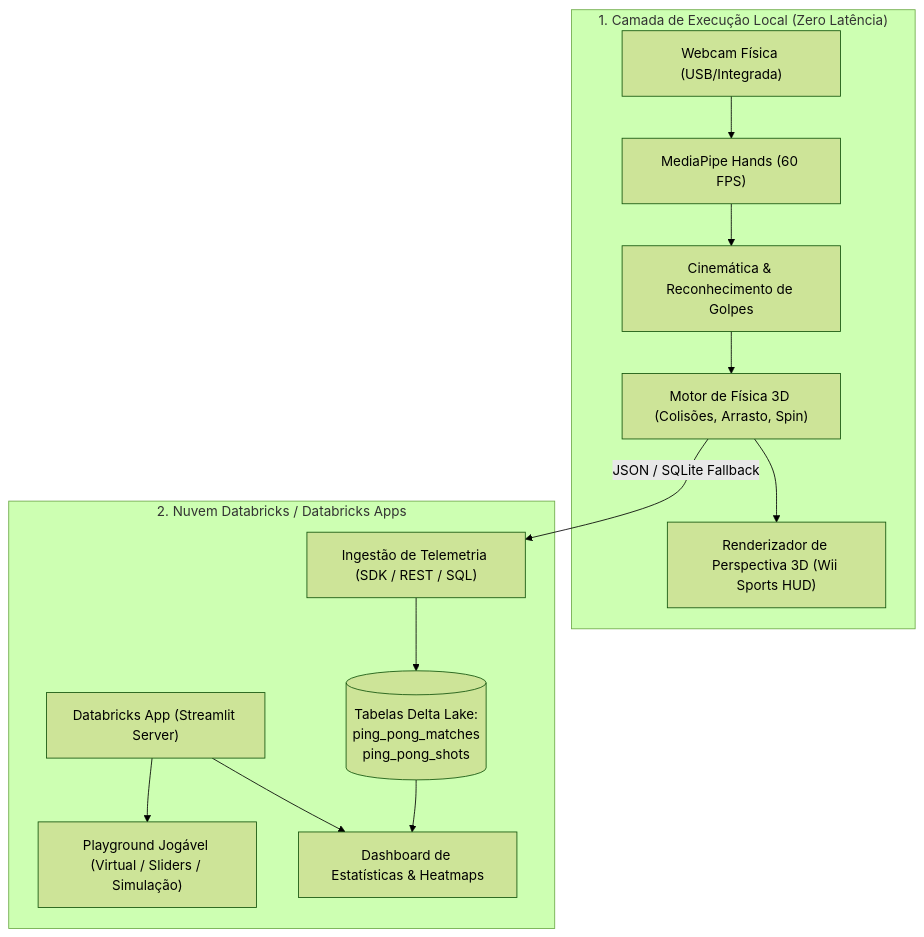
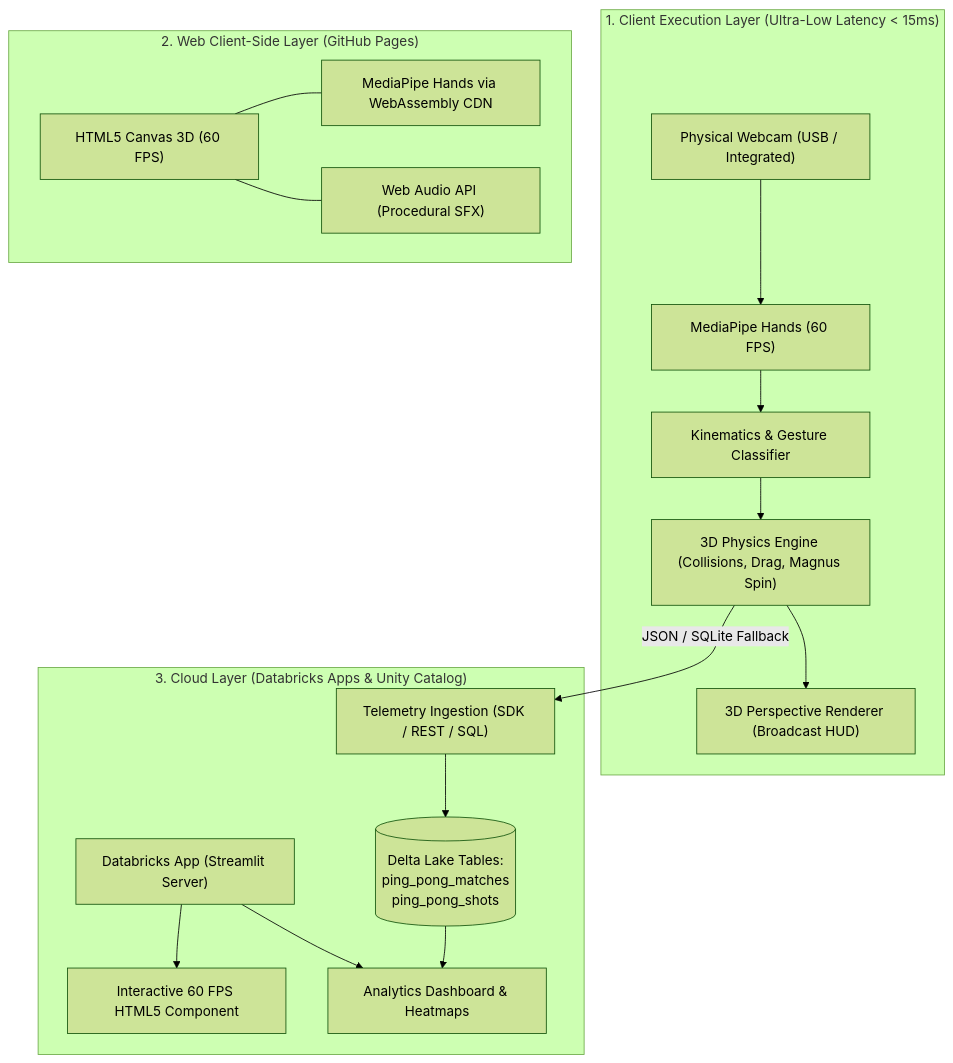
One commit to miguelmorandini/airpong changed the diagram in README.md. Above: the diagram before and after it, drawn with Mermaid (forest theme). The commit also changed other lines of this file, not shown here.

Commit message:
docs(readme): review and translate documentation into English with comprehensive architecture and setup guides

````diff
--- a/README.md
+++ b/README.md
@@ -51,23 +60,31 @@
 ```mermaid
 flowchart TD
-    subgraph LocalClient["1. Camada de Execução Local (Zero Latência)"]
-        Webcam["Webcam Física (USB/Integrada)"] --> MPTracker["MediaPipe Hands (60 FPS)"]
-        MPTracker --> Kinematics["Cinemática & Reconhecimento de Golpes"]
-        Kinematics --> Engine["Motor de Física 3D (Colisões, Arrasto, Spin)"]
-        Engine --> Renderer3D["Renderizador de Perspectiva 3D (Wii Sports HUD)"]
+    subgraph LocalClient["1. Client Execution Layer (Ultra-Low Latency < 15ms)"]
+        Webcam["Physical Webcam (USB / Integrated)"] --> MPTracker["MediaPipe Hands (60 FPS)"]
+        MPTracker --> Kinematics["Kinematics & Gesture Classifier"]
+        Kinematics --> Engine["3D Physics Engine (Collisions, Drag, Magnus Spin)"]
+        Engine --> Renderer3D["3D Perspective Renderer (Broadcast HUD)"]
     end
 
-    subgraph DatabricksAppsCloud["2. Nuvem Databricks / Databricks Apps"]
+    subgraph WebClient["2. Web Client-Side Layer (GitHub Pages)"]
+        HTML5Canvas["HTML5 Canvas 3D (60 FPS)"]
+        MPWasm["MediaPipe Hands via WebAssembly CDN"]
+        WebAudio["Web Audio API (Procedural SFX)"]
+        HTML5Canvas --- MPWasm
+        HTML5Canvas --- WebAudio
+    end
+
+    subgraph DatabricksAppsCloud["3. Cloud Layer (Databricks Apps & Unity Catalog)"]
         StreamlitCloud["Databricks App (Streamlit Server)"]
-        WebPlayground["Playground Jogável (Virtual / Sliders / Simulação)"]
-        TelemetryPipeline["Ingestão de Telemetria (SDK / REST / SQL)"]
-        DeltaTables[("Tabelas Delta Lake:\nping_pong_matches\nping_pong_shots")]
-        AnalyticsDash["Dashboard de Estatísticas & Heatmaps"]
+        WebPlayground["Interactive 60 FPS HTML5 Component"]
+        TelemetryPipeline["Telemetry Ingestion (SDK / REST / SQL)"]
+        DeltaTables[("Delta Lake Tables:\nping_pong_matches\nping_pong_shots")]
+        AnalyticsDash["Analytics Dashboard & Heatmaps"]
     end
 
     Engine -- "JSON / SQLite Fallback" --> TelemetryPipeline
     TelemetryPipeline --> DeltaTables
     DeltaTables --> AnalyticsDash
     StreamlitCloud --> AnalyticsDash
     StreamlitCloud --> WebPlayground
 ```
````
